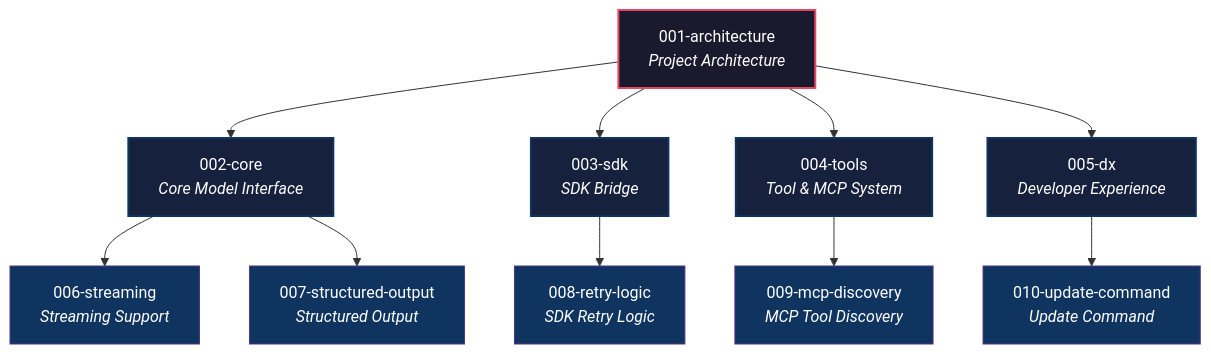
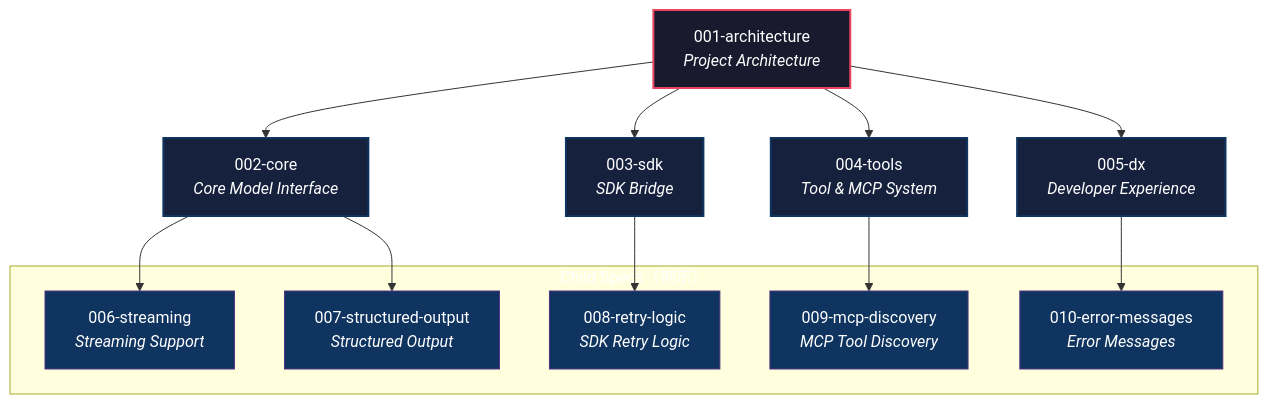
The first of 2 diagrams in specs/README.md (drillan/claudecode-model), drawn with Mermaid before and after one commit. The commit also changed other lines of this file and 2 other files, not shown here.

First line of the commit message:
docs: apply review fixes for specs definition (PR #112)

````diff
--- a/specs/README.md
+++ b/specs/README.md
@@ -10,35 +10,36 @@
 ```mermaid
 graph TD
     arch["001-architecture<br/><i>Project Architecture</i>"]
 
     core["002-core<br/><i>Core Model Interface</i>"]
     sdk["003-sdk<br/><i>SDK Bridge</i>"]
     tools["004-tools<br/><i>Tool & MCP System</i>"]
     dx["005-dx<br/><i>Developer Experience</i>"]
 
     arch --> core
     arch --> sdk
     arch --> tools
     arch --> dx
 
-    %% Example child specs
+    subgraph examples [" Child Specs（例示）"]
     core_f1["006-streaming<br/><i>Streaming Support</i>"]
     core_f2["007-structured-output<br/><i>Structured Output</i>"]
     sdk_f1["008-retry-logic<br/><i>SDK Retry Logic</i>"]
     tools_f1["009-mcp-discovery<br/><i>MCP Tool Discovery</i>"]
-    dx_f1["010-update-command<br/><i>Update Command</i>"]
+    dx_f1["010-error-messages<br/><i>Error Messages</i>"]
+    end
 
     core --> core_f1
     core --> core_f2
     sdk --> sdk_f1
     tools --> tools_f1
     dx --> dx_f1
 
     classDef root fill:#1a1a2e,stroke:#e94560,color:#fff,stroke-width:2px
     classDef category fill:#16213e,stroke:#0f3460,color:#fff,stroke-width:2px
     classDef feature fill:#0f3460,stroke:#533483,color:#fff,stroke-width:1px
 
     class arch root
     class core,sdk,tools,dx category
     class core_f1,core_f2,sdk_f1,tools_f1,dx_f1 feature
 ```
````
